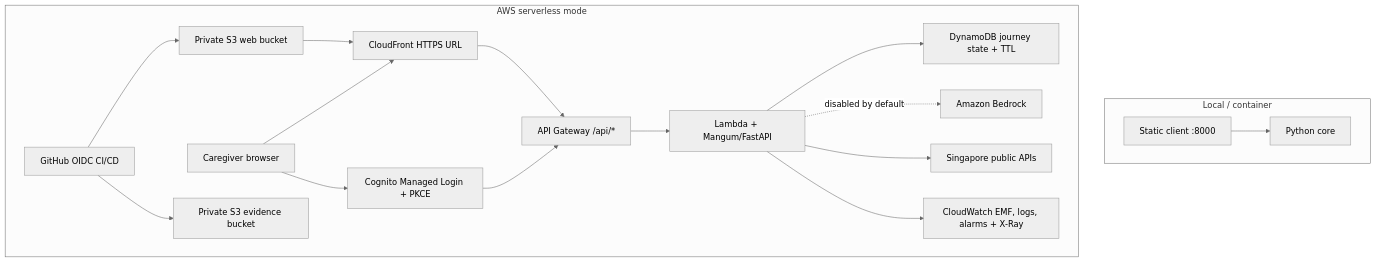
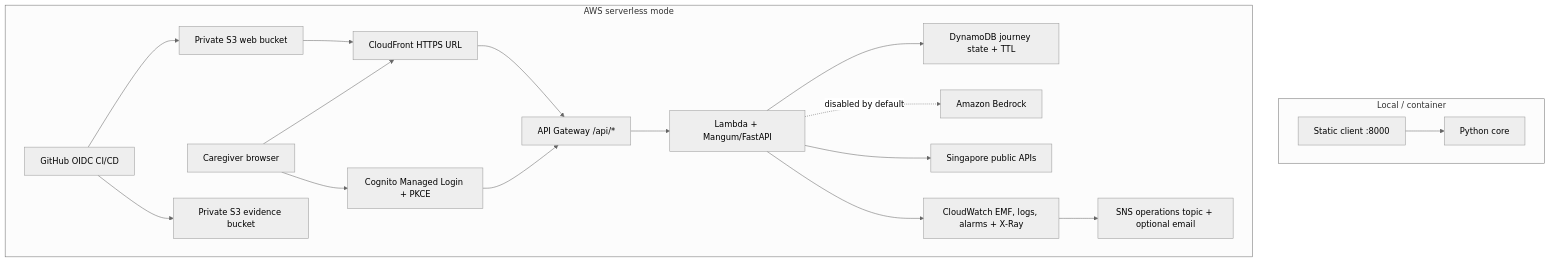
Before and after one commit to BarneyLaw/simplify-next: the second of 2 diagrams in ARCHITECTURE.md, drawn with Mermaid (neutral theme). The commit also changed other lines of this file and 3 other files, not shown here.

````diff
--- a/ARCHITECTURE.md
+++ b/ARCHITECTURE.md
@@ -106,20 +106,21 @@
 ```mermaid
 flowchart TB
     subgraph Local[Local / container]
       SC[Static client :8000] --> CORE[Python core]
     end
     subgraph AWS[AWS serverless mode]
       CI[GitHub OIDC CI/CD] --> WB[Private S3 web bucket]
       WB --> CF[CloudFront HTTPS URL]
       USER[Caregiver browser] --> CF
       USER --> COG[Cognito Managed Login + PKCE]
       CF --> APIGW[API Gateway /api/*]
       COG --> APIGW
       APIGW --> LF[Lambda + Mangum/FastAPI]
       LF --> DB[DynamoDB journey state + TTL]
       LF -. disabled by default .-> BR[Amazon Bedrock]
       LF --> EXT[Singapore public APIs]
       LF --> CW[CloudWatch EMF, logs, alarms + X-Ray]
+      CW --> SNS[SNS operations topic + optional email]
       CI --> S3[Private S3 evidence bucket]
     end
 ```
````
